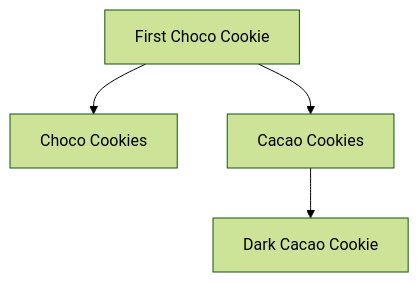
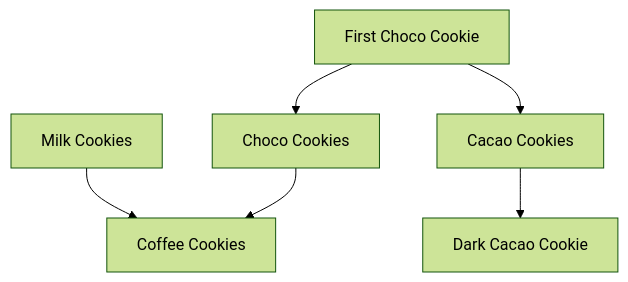
One commit to callinj-41/cookie-run-spice-cake-au changed the sixth of 10 diagrams in src/site/notes/Cookies.md. Above: the diagram before and after it, drawn with Mermaid (forest theme). The commit also changed other lines of this file, not shown here.

Commit message:
Update content src/site/notes/Cookies.md

````diff
--- a/src/site/notes/Cookies.md
+++ b/src/site/notes/Cookies.md
@@ -128,6 +130,8 @@
 ```mermaid
 graph TD;
 A[First Choco Cookie]-->B[Choco Cookies]
 A-->C[Cacao Cookies]
 C-->D[Dark Cacao Cookie]
+F[Milk Cookies]-->G[Coffee Cookies]
+B-->G
 ```
````
